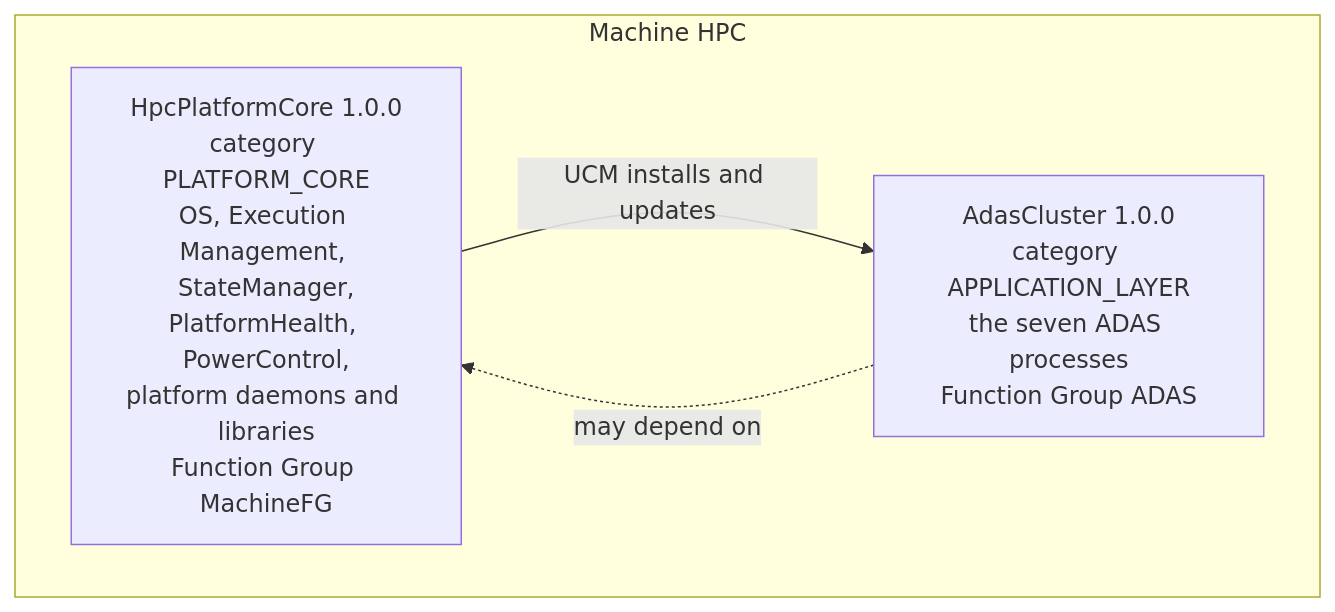
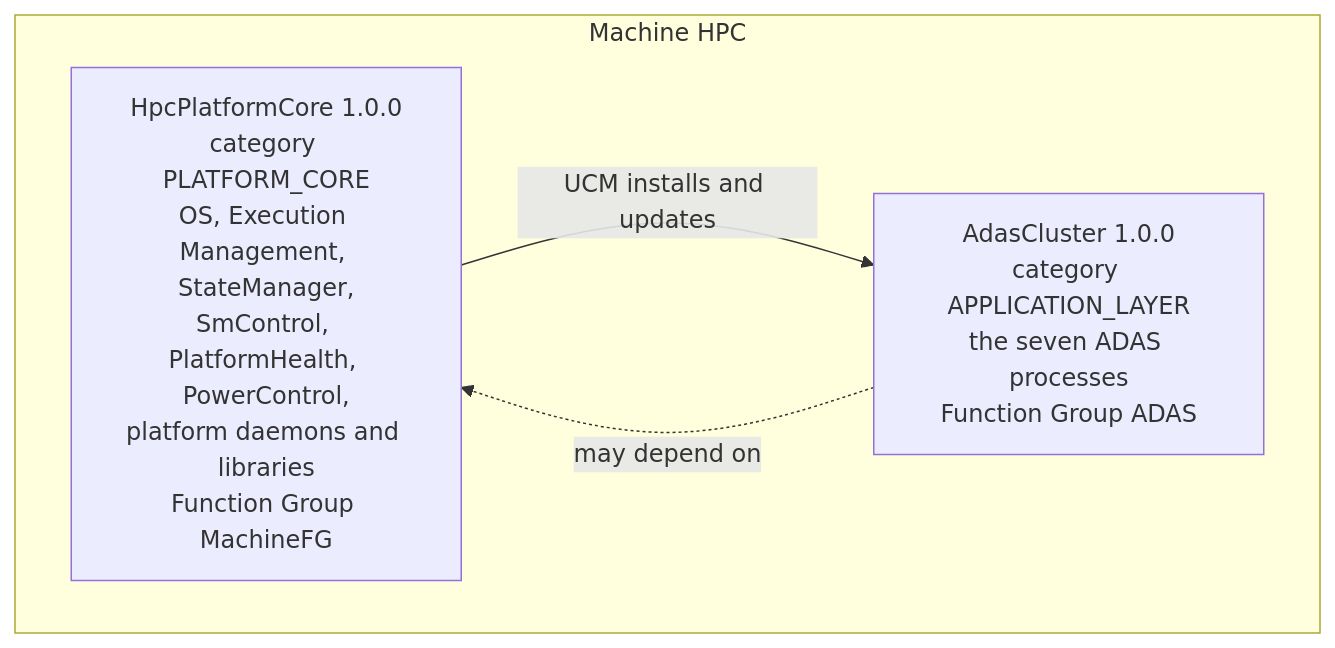
The sixth of 15 diagrams in guides/01_PlatformOverview.md (cavoidcodon/adaptive-guides), drawn with Mermaid before and after one commit. The commit also changed other lines of this file and 6 other files, not shown here.

````diff
--- a/guides/01_PlatformOverview.md
+++ b/guides/01_PlatformOverview.md
@@ -686,9 +686,9 @@
 ```mermaid
 flowchart TB
     subgraph M["Machine HPC"]
-        PC["HpcPlatformCore 1.0.0<br/>category PLATFORM_CORE<br/>OS, Execution Management, StateManager,<br/>PlatformHealth, PowerControl,<br/>platform daemons and libraries<br/>Function Group MachineFG"]
+        PC["HpcPlatformCore 1.0.0<br/>category PLATFORM_CORE<br/>OS, Execution Management, StateManager,<br/>SmControl, PlatformHealth, PowerControl,<br/>platform daemons and libraries<br/>Function Group MachineFG"]
         AC["AdasCluster 1.0.0<br/>category APPLICATION_LAYER<br/>the seven ADAS processes<br/>Function Group ADAS"]
     end
     AC -.->|"may depend on"| PC
     PC -->|"UCM installs and updates"| AC
 ```
````
